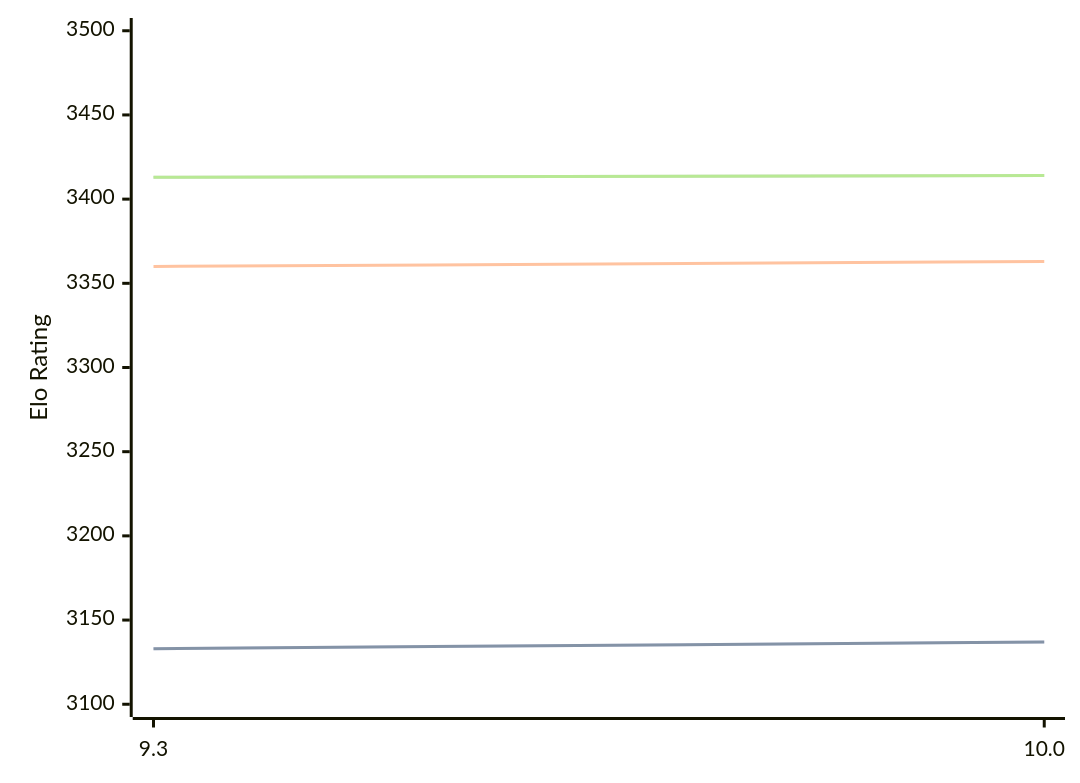
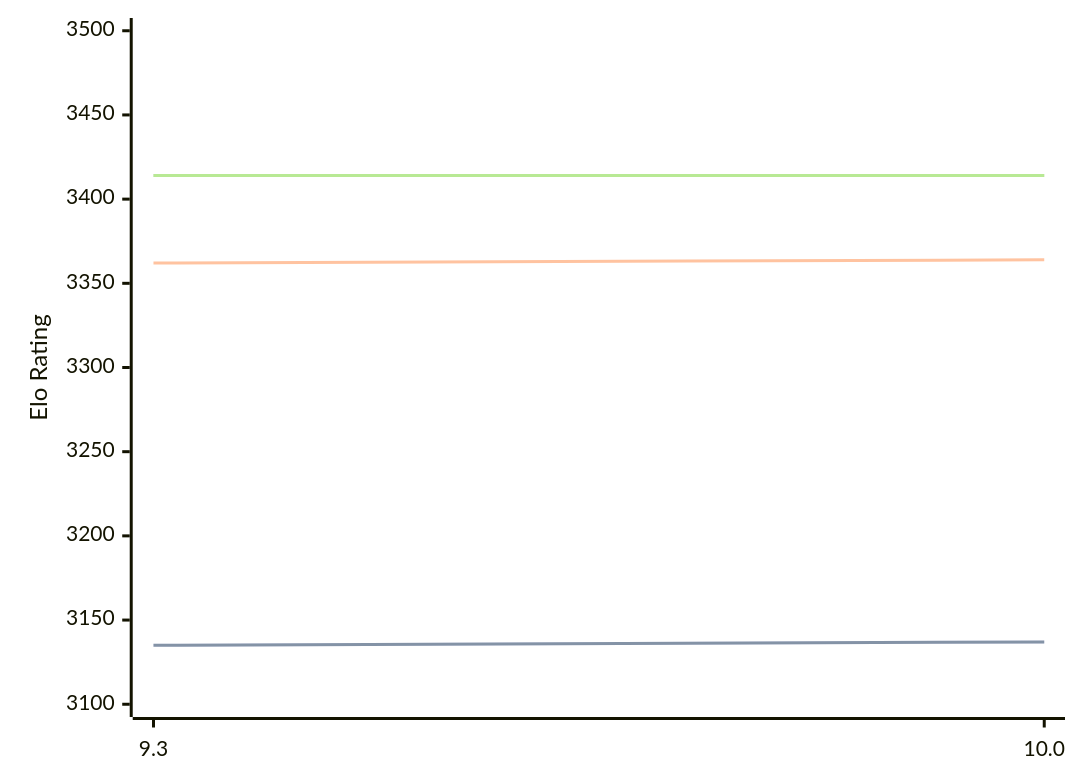
Before and after one commit to computer-chess-index/cci: the diagram in engines/Fire.md, drawn with Mermaid. The commit also changed other lines of this file, not shown here.

Commit message:
Update CCI Ratings (ELO VLTC) - 2026-07-23

````diff
--- a/engines/Fire.md
+++ b/engines/Fire.md
@@ -47,11 +47,11 @@
 ```mermaid
 %%{init: {"theme":"base","themeVariables":{"seriesColors:['#a3a3a3','#222221','#faa371']}}}%%
 xychart-beta
   x-axis ["9.3", "10.0"]
   y-axis "Elo Rating" 3100 --> 3500
-  line "STC (8.0+0.08s)" [3133, 3137]
-  line "STC (8.0+0.08s)" [3133, 3137]
-  line "LTC (60.0+0.60s)" [3360, 3363]
-  line "VLTC (2m24s+1.12s)" [3413, 3414]
-  line "VLTC (2m24s+1.12s)" [3413, 3414]
+  line "STC (8.0+0.08s)" [3135, 3137]
+  line "STC (8.0+0.08s)" [3135, 3137]
+  line "LTC (60.0+0.60s)" [3362, 3364]
+  line "VLTC (2m24s+1.12s)" [3414, 3414]
+  line "VLTC (2m24s+1.12s)" [3414, 3414]
 ```
````
